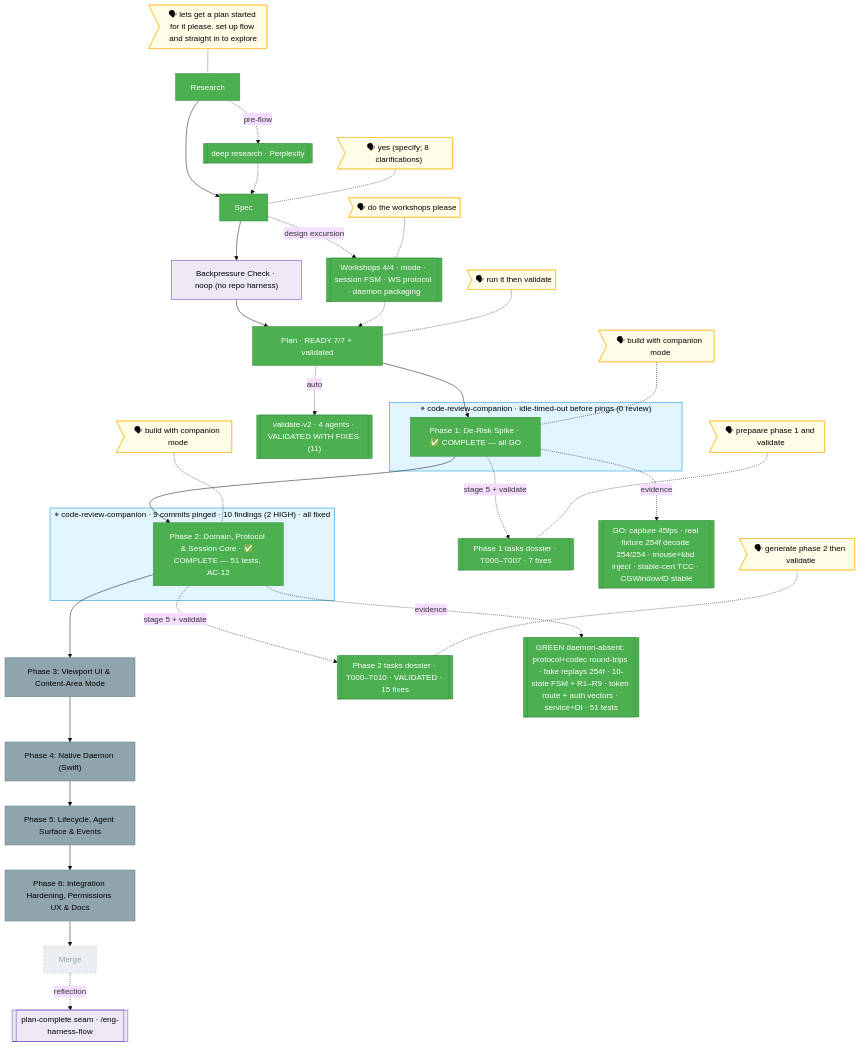
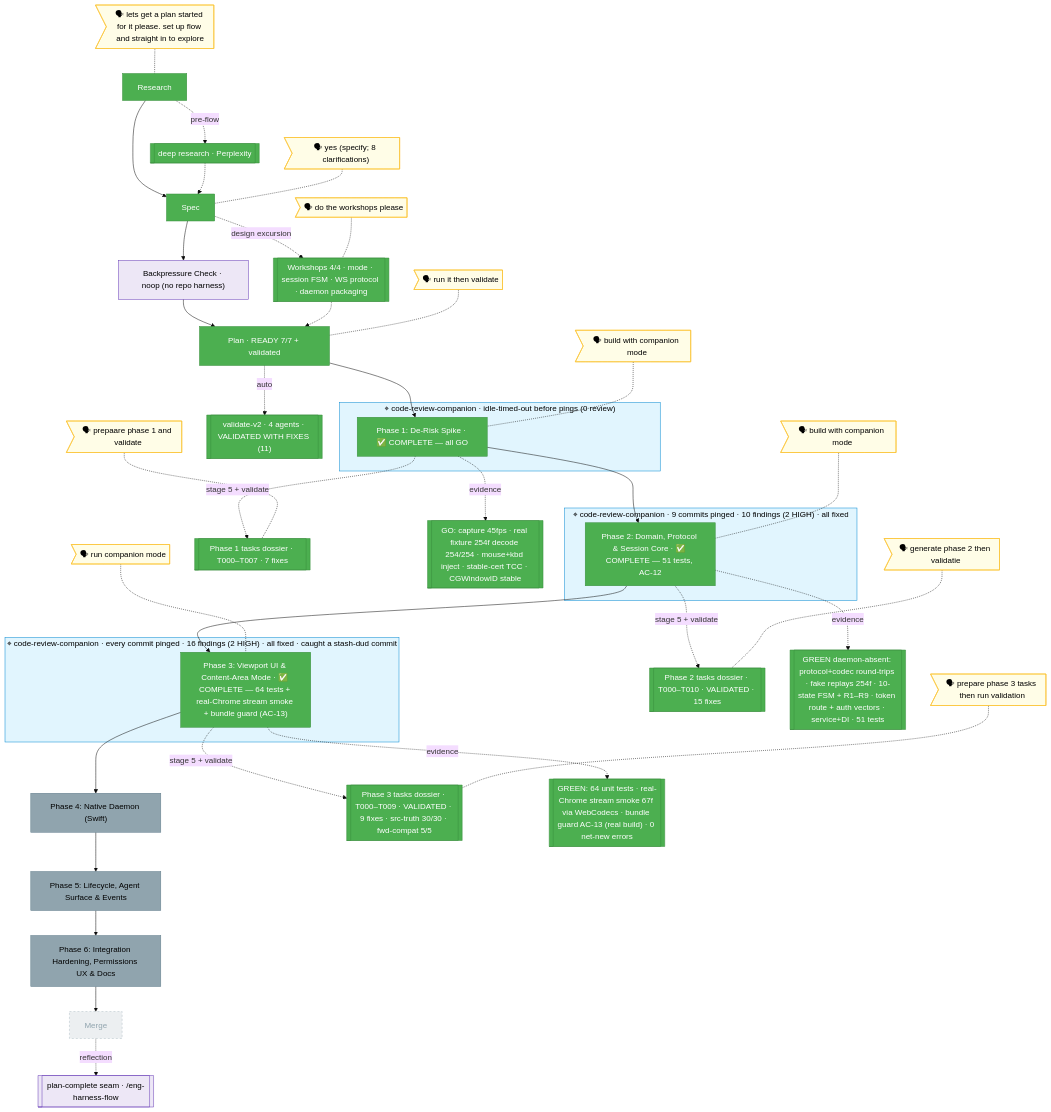
One commit to AI-Substrate/chainglass changed the diagram in docs/plans/088-remote-app-view/the-flow.md. Above: the diagram before and after it, drawn with Mermaid (base theme). The commit also changed other lines of this file and 5 other files, not shown here.

First line of the commit message:
docs(remote-view): Phase 3 complete — domain.md + flight-plan + companion debrief (Plan 088)

````diff
--- a/docs/plans/088-remote-app-view/the-flow.md
+++ b/docs/plans/088-remote-app-view/the-flow.md
@@ -7,55 +7,65 @@
 ```mermaid
 flowchart TD
     classDef done    fill:#4CAF50,stroke:#388E3C,color:#fff
     classDef wip     fill:#FF9800,stroke:#F57C00,color:#000
     classDef blocked fill:#F44336,stroke:#D32F2F,color:#fff
     classDef known   fill:#90A4AE,stroke:#607D8B,color:#000
     classDef assumed fill:#ECEFF1,stroke:#B0BEC5,color:#90A4AE,stroke-dasharray:4 4
     classDef said    fill:#FFFDE7,stroke:#FBC02D,color:#000
     classDef harness fill:#EDE7F6,stroke:#673AB7,color:#000
     classDef companion fill:#E1F5FE,stroke:#0288D1,color:#000
 
     %% ── spine ──
     R[Research]:::done --> S[Spec]:::done --> BP["Backpressure Check · noop (no repo harness)"]:::harness --> PL["Plan · READY 7/7 + validated"]:::done
-    PL --> P1["Phase 1: De-Risk Spike · ✅ COMPLETE — all GO"]:::done --> P2["Phase 2: Domain, Protocol & Session Core · ✅ COMPLETE — 51 tests, AC-12"]:::done --> P3["Phase 3: Viewport UI & Content-Area Mode"]:::known --> P4["Phase 4: Native Daemon (Swift)"]:::known --> P5["Phase 5: Lifecycle, Agent Surface & Events"]:::known --> P6["Phase 6: Integration Hardening, Permissions UX & Docs"]:::known --> M[Merge]:::assumed
+    PL --> P1["Phase 1: De-Risk Spike · ✅ COMPLETE — all GO"]:::done --> P2["Phase 2: Domain, Protocol & Session Core · ✅ COMPLETE — 51 tests, AC-12"]:::done --> P3["Phase 3: Viewport UI & Content-Area Mode · ✅ COMPLETE — 64 tests + real-Chrome stream smoke + bundle guard (AC-13)"]:::done --> P4["Phase 4: Native Daemon (Swift)"]:::known --> P5["Phase 5: Lifecycle, Agent Surface & Events"]:::known --> P6["Phase 6: Integration Hardening, Permissions UX & Docs"]:::known --> M[Merge]:::assumed
 
     %% ── companions (each wrapped the phase it was meant to review) ──
     subgraph CW["⌖ code-review-companion · idle-timed-out before pings (0 review)"]
         P1
     end
     class CW companion
     subgraph CW2["⌖ code-review-companion · 9 commits pinged · 10 findings (2 HIGH) · all fixed"]
         P2
     end
     class CW2 companion
 
     %% ── excursions ──
     R -.->|pre-flow| DR[["deep research · Perplexity"]]:::done
     DR -.-> S
     S -.->|design excursion| WS[["Workshops 4/4 · mode · session FSM · WS protocol · daemon packaging"]]:::done
     WS -.-> PL
     PL -.->|auto| V[["validate-v2 · 4 agents · VALIDATED WITH FIXES (11)"]]:::done
     P1 -.->|stage 5 + validate| T1[["Phase 1 tasks dossier · T000–T007 · 7 fixes"]]:::done
     P1 -.->|evidence| EV[["GO: capture 45fps · real fixture 254f decode 254/254 · mouse+kbd inject · stable-cert TCC · CGWindowID stable"]]:::done
     P2 -.->|stage 5 + validate| T2[["Phase 2 tasks dossier · T000–T010 · VALIDATED · 15 fixes"]]:::done
     P2 -.->|evidence| EV2[["GREEN daemon-absent: protocol+codec round-trips · fake replays 254f · 10-state FSM + R1–R9 · token route + auth vectors · service+DI · 51 tests"]]:::done
+    P3 -.->|stage 5 + validate| T3[["Phase 3 tasks dossier · T000–T009 · VALIDATED · 9 fixes · src-truth 30/30 · fwd-compat 5/5"]]:::done
+    P3 -.->|evidence| EV3[["GREEN: 64 unit tests · real-Chrome stream smoke 67f via WebCodecs · bundle guard AC-13 (real build) · 0 net-new errors"]]:::done
+    subgraph CW3["⌖ code-review-companion · every commit pinged · 16 findings (2 HIGH) · all fixed · caught a stash-dud commit"]
+        P3
+    end
+    class CW3 companion
+    UB3>"🗣 run companion mode"]:::said
+    UB3 -.- P3
     M -.->|reflection| HH[["plan-complete seam · /eng-harness-flow"]]:::harness
 
     %% ── verbatim user-said bubbles ──
     UR>"🗣 lets get a plan started for it please. set up flow and straight in to explore"]:::said
     UR -.- R
     US>"🗣 yes (specify; 8 clarifications)"]:::said
     US -.- S
     UW>"🗣 do the workshops please"]:::said
     UW -.- WS
     UP>"🗣 run it then validate"]:::said
     UP -.- PL
     UT>"🗣 prepaare phase 1 and validate"]:::said
     UT -.- T1
     UB>"🗣 build with companion mode"]:::said
     UB -.- P1
     UG>"🗣 generate phase 2 then validatie"]:::said
     UG -.- T2
     UB2>"🗣 build with companion mode"]:::said
     UB2 -.- P2
+    UT3>"🗣 prepare phase 3 tasks then run validation"]:::said
+    UT3 -.- T3
 ```
````
